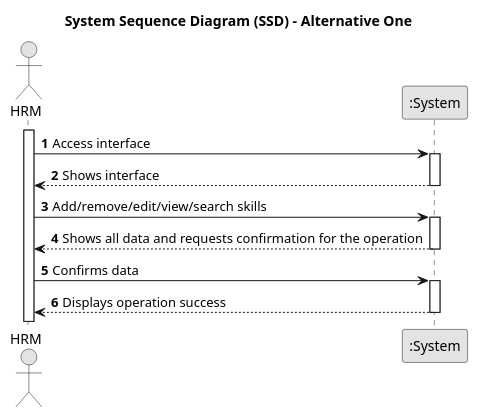
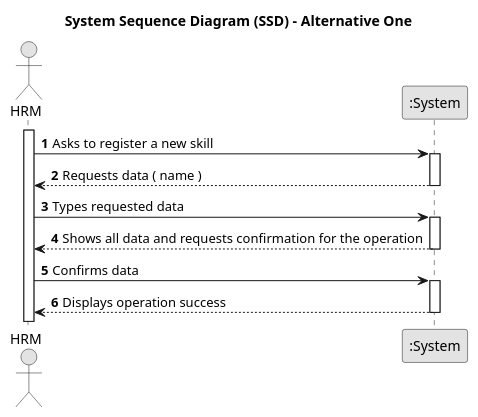
Before and after one commit to daniel41silva05/ISEP_2023_2024_LAPR2: the diagram in docs/sprintA&B/us01/01.requirements-engineering/puml/us01-system-sequence-diagram-alternative-one.puml, drawn with PlantUML. The commit also changed 22 other files, not shown here.

```diff
--- a/docs/sprintA&B/us01/01.requirements-engineering/puml/us01-system-sequence-diagram-alternative-one.puml
+++ b/docs/sprintA&B/us01/01.requirements-engineering/puml/us01-system-sequence-diagram-alternative-one.puml
@@ -1,33 +1,33 @@
 @startuml
 skinparam monochrome true
 skinparam packageStyle rectangle
 skinparam shadowing false
 
 title System Sequence Diagram (SSD) - Alternative One
 
 autonumber
 
 actor "HRM" as Employee
 participant ":System" as System
 
 activate Employee
 
-    Employee -> System : Access interface
+    Employee -> System : Asks to register a new skill
     activate System
 
-        System --> Employee : Shows interface
+        System --> Employee : Requests data ( name )
     deactivate System
 
-    Employee -> System : Add/remove/edit/view/search skills
+    Employee -> System : Types requested data
     activate System
 
         System --> Employee : Shows all data and requests confirmation for the operation
     deactivate System
 
     Employee -> System : Confirms data
     activate System
 
         System --> Employee : Displays operation success
     deactivate System
 
 @enduml
```
